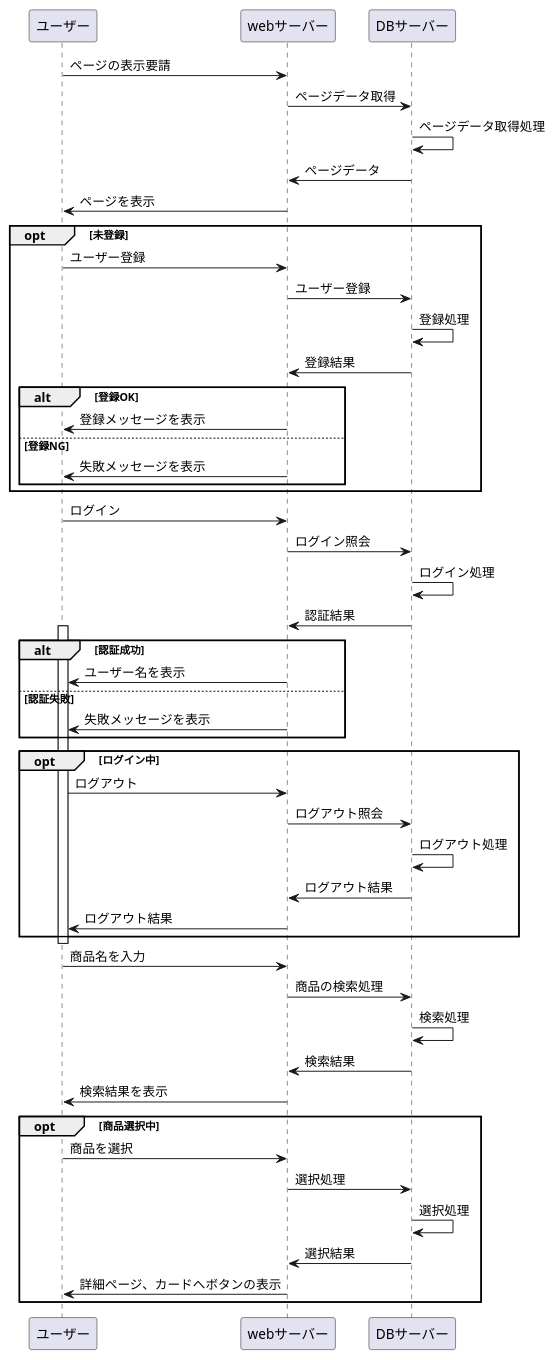
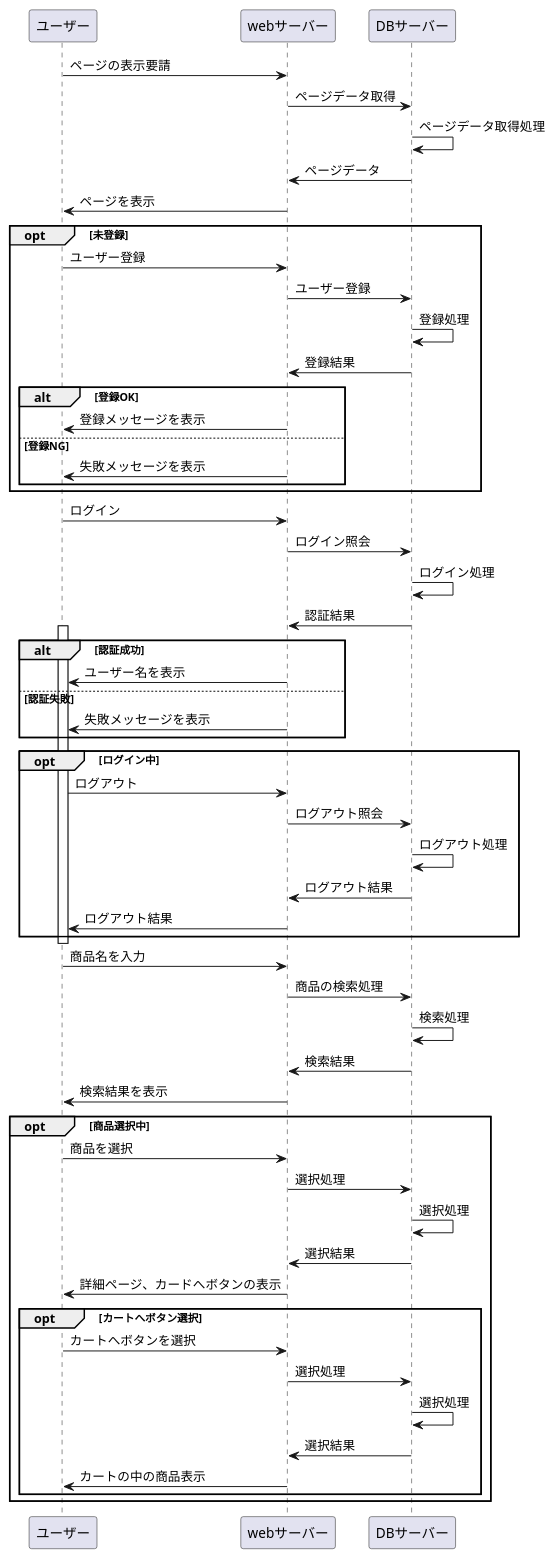
The diagram in kadai8.md (Aso2001019/2021sys-design), drawn with PlantUML before and after one commit.

````diff
--- a/kadai8.md
+++ b/kadai8.md
@@ -1,70 +1,80 @@
 ```uml
 @startuml
 ユーザー -> webサーバー : ページの表示要請
 webサーバー -> DBサーバー : ページデータ取得
 DBサーバー -> DBサーバー : ページデータ取得処理
 DBサーバー -> webサーバー : ページデータ
 webサーバー -> ユーザー : ページを表示
 
 opt 未登録
 
 ユーザー -> webサーバー : ユーザー登録
 webサーバー -> DBサーバー : ユーザー登録
 DBサーバー -> DBサーバー : 登録処理
 DBサーバー -> webサーバー : 登録結果
 
 alt 登録OK
 webサーバー -> ユーザー : 登録メッセージを表示
 
 else 登録NG
 webサーバー -> ユーザー : 失敗メッセージを表示
 
 end
 
 end
 
 ユーザー -> webサーバー : ログイン
 webサーバー -> DBサーバー : ログイン照会
 DBサーバー -> DBサーバー : ログイン処理
 DBサーバー -> webサーバー : 認証結果
 
 activate ユーザー
 
 alt 認証成功
 webサーバー -> ユーザー : ユーザー名を表示
 
 else 認証失敗
 webサーバー -> ユーザー : 失敗メッセージを表示
 
 end
 
 opt ログイン中
 
 ユーザー -> webサーバー : ログアウト
 webサーバー -> DBサーバー : ログアウト照会
 DBサーバー -> DBサーバー : ログアウト処理
 DBサーバー -> webサーバー : ログアウト結果
 webサーバー -> ユーザー : ログアウト結果
 
 end
 
 deactivate ユーザー
 
 ユーザー -> webサーバー : 商品名を入力
 webサーバー -> DBサーバー : 商品の検索処理
 DBサーバー -> DBサーバー : 検索処理
 DBサーバー -> webサーバー : 検索結果
 webサーバー -> ユーザー : 検索結果を表示
 
 opt 商品選択中
 
 ユーザー -> webサーバー : 商品を選択
 webサーバー -> DBサーバー : 選択処理
 DBサーバー -> DBサーバー : 選択処理
 DBサーバー -> webサーバー : 選択結果
 webサーバー -> ユーザー : 詳細ページ、カードへボタンの表示
 
+opt カートへボタン選択
+
+ユーザー -> webサーバー : カートへボタンを選択
+webサーバー -> DBサーバー : 選択処理
+DBサーバー -> DBサーバー : 選択処理
+DBサーバー -> webサーバー : 選択結果
+webサーバー -> ユーザー : カートの中の商品表示
+
+end
+
 end
 
 @enduml
 ```
````
